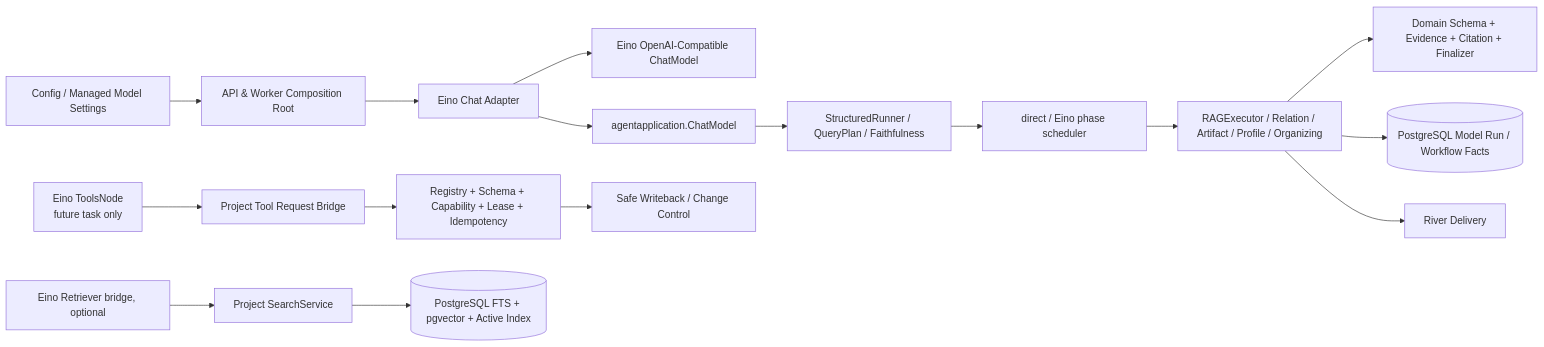
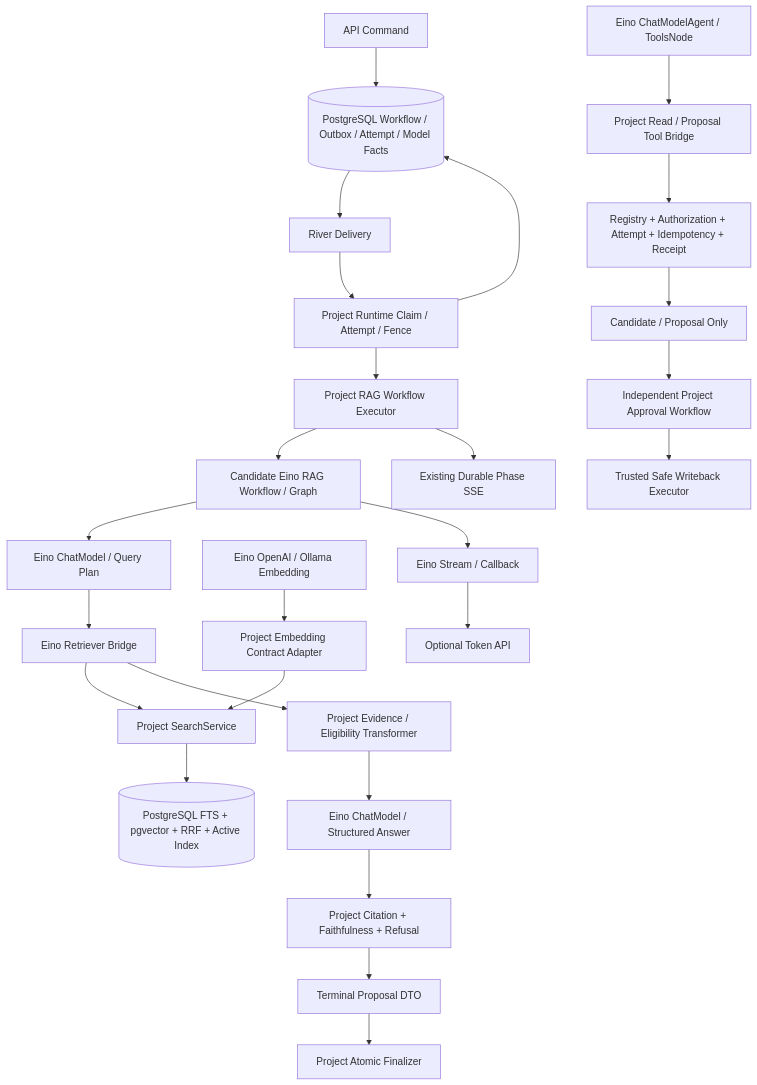
Before and after one commit to CodeZen-Lizhi/zhixu: the diagram in .trellis/tasks/archive/2026-08/08-06-eino-layered-migration/design.md, drawn with Mermaid. The commit also changed other lines of this file and 1191 other files, not shown here.

Commit message:
feat: 将生产 AI Runtime 迁移至 Eino

````diff
--- a/.trellis/tasks/archive/2026-08/08-06-eino-layered-migration/design.md
+++ b/.trellis/tasks/archive/2026-08/08-06-eino-layered-migration/design.md
@@ -15,18 +22,32 @@
 ```mermaid
-flowchart LR
-    CFG[Config / Managed Model Settings] --> ROOT[API & Worker Composition Root]
-    ROOT --> EA[Eino Chat Adapter]
-    EA --> EM[Eino OpenAI-Compatible ChatModel]
-    EA --> PORT[agentapplication.ChatModel]
-    PORT --> SR[StructuredRunner / QueryPlan / Faithfulness]
-    SR --> PS[direct / Eino phase scheduler]
-    PS --> RAG[RAGExecutor / Relation / Artifact / Profile / Organizing]
-    RAG --> DOM[Domain Schema + Evidence + Citation + Finalizer]
-    RAG --> DB[(PostgreSQL Model Run / Workflow Facts)]
-    RAG --> RIVER[River Delivery]
-    TOOL[Eino ToolsNode<br/>future task only] --> BRIDGE[Project Tool Request Bridge]
-    BRIDGE --> POLICY[Registry + Schema + Capability + Lease + Idempotency]
-    POLICY --> WRITE[Safe Writeback / Change Control]
-    SEARCH[Eino Retriever bridge, optional] --> SS[Project SearchService]
-    SS --> PG[(PostgreSQL FTS + pgvector + Active Index)]
+flowchart TB
+    API[API Command] --> FACTS[(PostgreSQL Workflow / Outbox / Attempt / Model Facts)]
+    FACTS --> RIVER[River Delivery]
+    RIVER --> CLAIM[Project Runtime Claim / Attempt / Fence]
+    CLAIM --> FACTS
+    CLAIM --> OUTER[Project RAG Workflow Executor]
+    OUTER --> RAG[Candidate Eino RAG Workflow / Graph]
+
+    RAG --> PLAN[Eino ChatModel / Query Plan]
+    PLAN --> RET[Eino Retriever Bridge]
+    RET --> SEARCH[Project SearchService]
+    SEARCH --> PG[(PostgreSQL FTS + pgvector + RRF + Active Index)]
+    RET --> EV[Project Evidence / Eligibility Transformer]
+    EV --> ANSWER[Eino ChatModel / Structured Answer]
+    ANSWER --> REVIEW[Project Citation + Faithfulness + Refusal]
+    REVIEW --> PROPOSAL[Terminal Proposal DTO]
+    PROPOSAL --> FINAL[Project Atomic Finalizer]
+
+    EMB[Eino OpenAI / Ollama Embedding] --> ECONTRACT[Project Embedding Contract Adapter]
+    ECONTRACT --> SEARCH
+
+    AGENT[Eino ChatModelAgent / ToolsNode] --> TBRIDGE[Project Read / Proposal Tool Bridge]
+    TBRIDGE --> POLICY[Registry + Authorization + Attempt + Idempotency + Receipt]
+    POLICY --> CANDIDATE[Candidate / Proposal Only]
+    CANDIDATE --> APPROVAL[Independent Project Approval Workflow]
+    APPROVAL --> SAFE[Trusted Safe Writeback Executor]
+
+    RAG --> STREAM[Eino Stream / Callback]
+    STREAM --> TOKEN[Optional Token API]
+    OUTER --> EVENT[Existing Durable Phase SSE]
 ```
````
